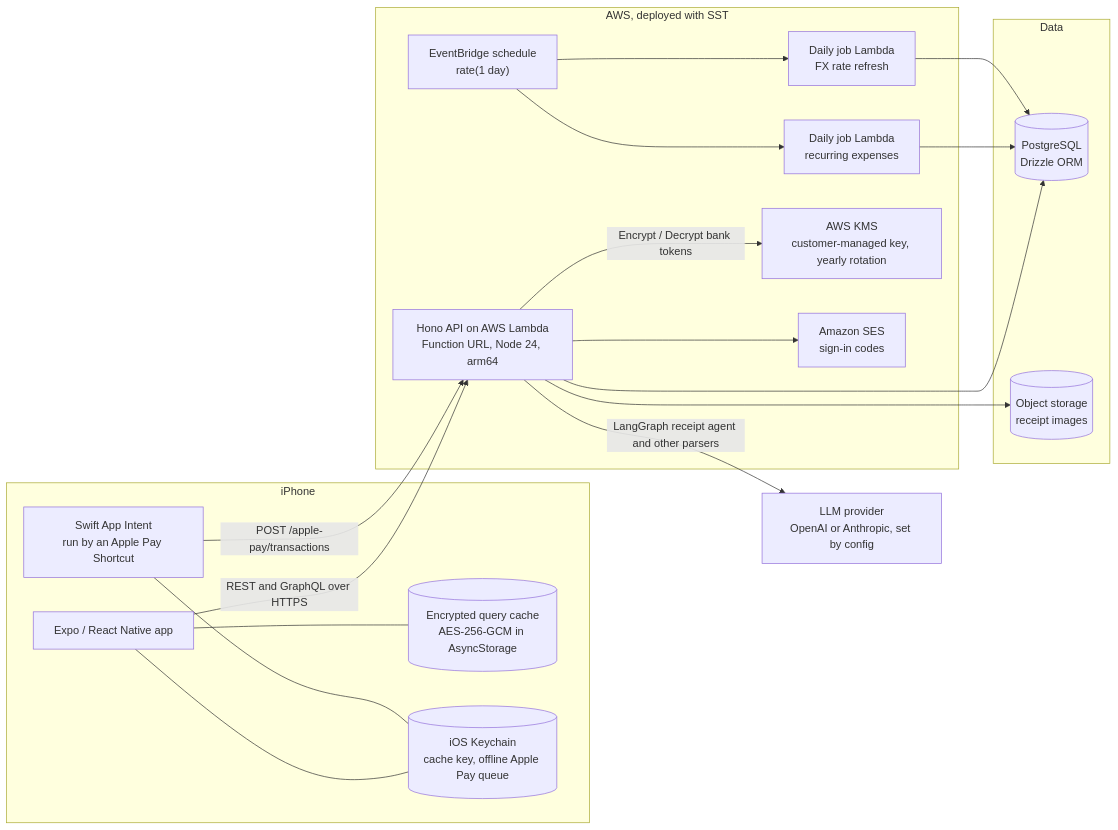
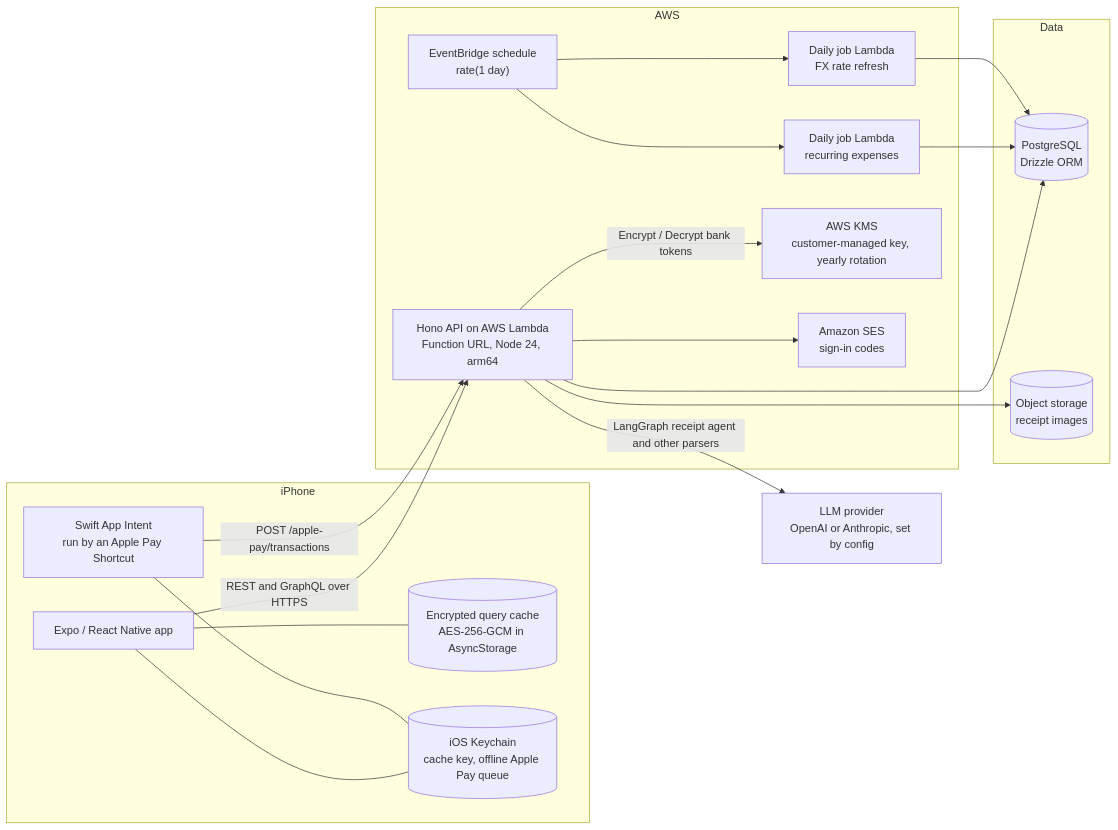
The diagram in docs/architecture.md (aditya27dev/finance-app-case-study), drawn with Mermaid before and after one commit. The commit also changed 2 other files, not shown here.

Commit message:
Reword licence line and correct infrastructure wording

````diff
--- a/docs/architecture.md
+++ b/docs/architecture.md
@@ -7,40 +7,40 @@
 ```mermaid
 flowchart LR
     subgraph Device["iPhone"]
         App["Expo / React Native app"]
         Cache[("Encrypted query cache<br/>AES-256-GCM in AsyncStorage")]
         Keychain[("iOS Keychain<br/>cache key, offline Apple Pay queue")]
         Intent["Swift App Intent<br/>run by an Apple Pay Shortcut"]
         App --- Cache
         App --- Keychain
         Intent --- Keychain
     end
 
-    subgraph AWS["AWS, deployed with SST"]
+    subgraph AWS["AWS"]
         Lambda["Hono API on AWS Lambda<br/>Function URL, Node 24, arm64"]
         CronA["Daily job Lambda<br/>recurring expenses"]
         CronB["Daily job Lambda<br/>FX rate refresh"]
         EB["EventBridge schedule<br/>rate(1 day)"]
         KMS["AWS KMS<br/>customer-managed key, yearly rotation"]
         SES["Amazon SES<br/>sign-in codes"]
         EB --> CronA
         EB --> CronB
         Lambda -- "Encrypt / Decrypt bank tokens" --> KMS
         Lambda --> SES
     end
 
     subgraph Data["Data"]
         PG[("PostgreSQL<br/>Drizzle ORM")]
         Store[("Object storage<br/>receipt images")]
     end
 
     LLM["LLM provider<br/>OpenAI or Anthropic, set by config"]
 
     App -- "REST and GraphQL over HTTPS" --> Lambda
     Intent -- "POST /apple-pay/transactions" --> Lambda
     Lambda --> PG
     Lambda --> Store
     Lambda -- "LangGraph receipt agent and other parsers" --> LLM
     CronA --> PG
     CronB --> PG
 ```
````
